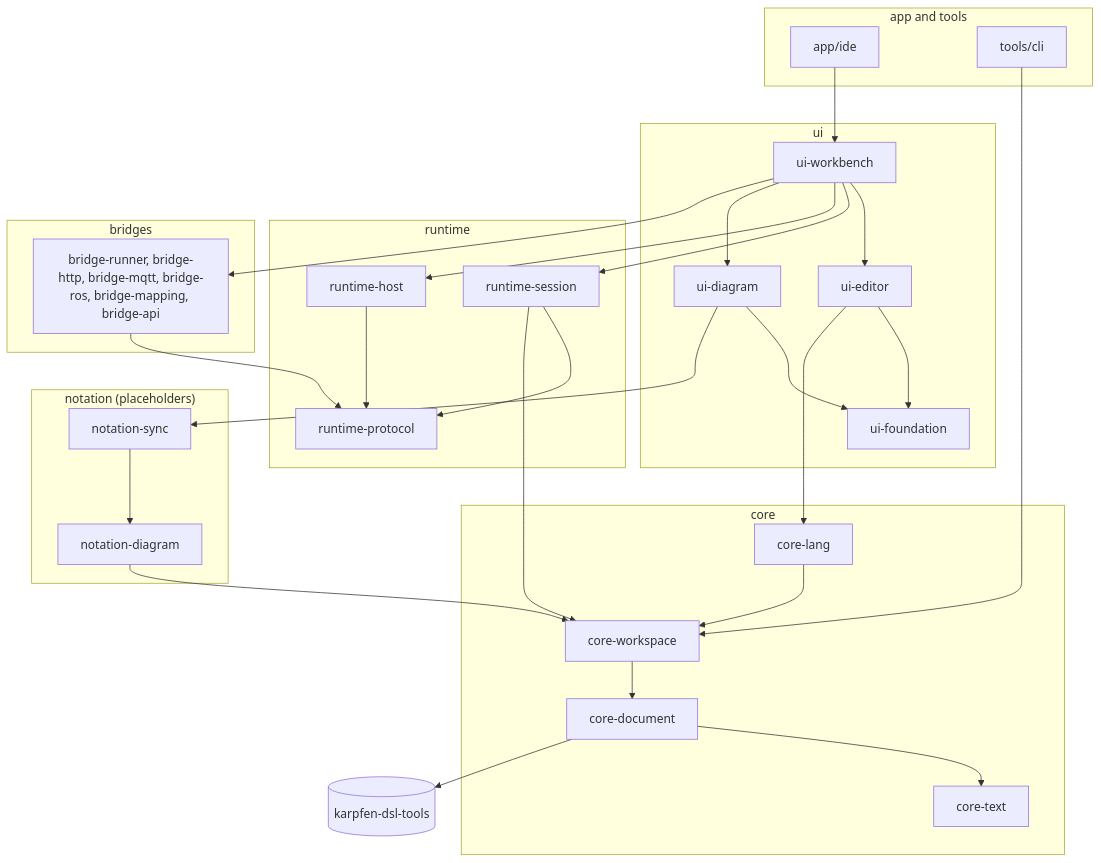
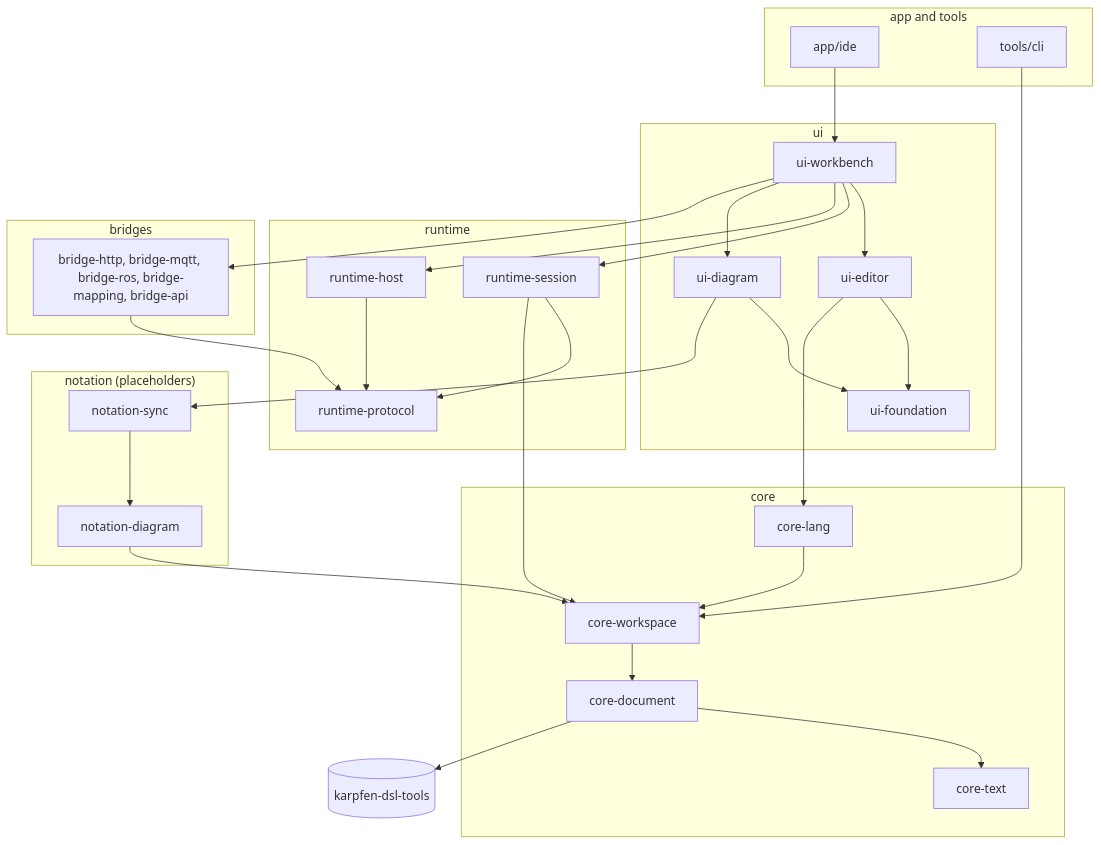
One commit to karpfenproject/karpfen-IDE changed the diagram in docs/archdoc.md. Above: the diagram before and after it, drawn with Mermaid. The commit also changed other lines of this file and 7 other files, not shown here.

Commit message:
Remove the bridge runner stub

````diff
--- a/docs/archdoc.md
+++ b/docs/archdoc.md
@@ -74,44 +74,44 @@
 ```mermaid
 flowchart TD
     subgraph appGroup ["app and tools"]
         ide["app/ide"]
         cli["tools/cli"]
     end
     subgraph uiGroup ["ui"]
         workbench["ui-workbench"]
         editor["ui-editor"]
         foundation["ui-foundation"]
         uidiagram["ui-diagram"]
     end
     subgraph runtimeGroup ["runtime"]
         session["runtime-session"]
         host["runtime-host"]
         protocol["runtime-protocol"]
     end
     subgraph notationGroup ["notation (placeholders)"]
         nsync["notation-sync"]
         ndiagram["notation-diagram"]
     end
     subgraph bridgesGroup ["bridges"]
-        bridges["bridge-runner, bridge-http, bridge-mqtt, bridge-ros, bridge-mapping, bridge-api"]
+        bridges["bridge-http, bridge-mqtt, bridge-ros, bridge-mapping, bridge-api"]
     end
     subgraph coreGroup ["core"]
         lang["core-lang"]
         workspace["core-workspace"]
         document["core-document"]
         coretext["core-text"]
     end
     dsltools[("karpfen-dsl-tools")]
 
     ide --> workbench
     cli --> workspace
     workbench --> editor & session & host & uidiagram & bridges
     editor --> foundation & lang
     uidiagram --> foundation & nsync
     nsync --> ndiagram --> workspace
     session --> protocol & workspace
     host --> protocol
     bridges --> protocol
     lang --> workspace --> document
     document --> coretext & dsltools
 ```
````
